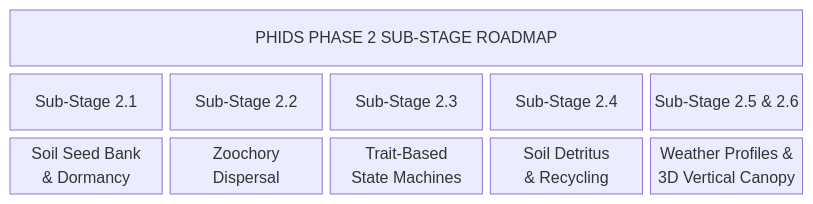
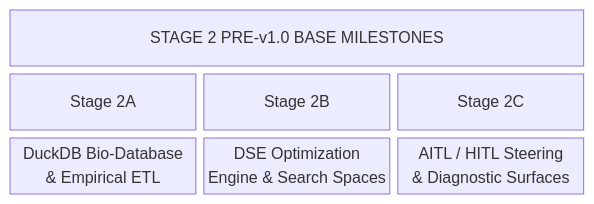
The diagram in docs/roadmap.md (foersben/PHIDS), drawn with Mermaid before and after one commit. The commit also changed other lines of this file and 220 other files, not shown here.

First line of the commit message:
release: v0.10.0 - OpenMP JIT Parallelization, Subnormal FTZ Optimizations & Stage 1B Roadmap

````diff
--- a/docs/roadmap.md
+++ b/docs/roadmap.md
@@ -58,7 +96,7 @@
 ```mermaid
 block-beta
-    columns 5
-    title["PHIDS PHASE 2 SUB-STAGE ROADMAP"]:5
-    h1["Sub-Stage 2.1"] h2["Sub-Stage 2.2"] h3["Sub-Stage 2.3"] h4["Sub-Stage 2.4"] h5["Sub-Stage 2.5 & 2.6"]
-    c1["Soil Seed Bank<br>& Dormancy"] c2["Zoochory<br>Dispersal"] c3["Trait-Based<br>State Machines"] c4["Soil Detritus<br>& Recycling"] c5["Weather Profiles &<br>3D Vertical Canopy"]
+    columns 3
+    title["STAGE 2 PRE-v1.0 BASE MILESTONES"]:3
+    h1["Stage 2A"] h2["Stage 2B"] h3["Stage 2C"]
+    c1["DuckDB Bio-Database<br>& Empirical ETL"] c2["DSE Optimization<br>Engine & Search Spaces"] c3["AITL / HITL Steering<br>& Diagnostic Surfaces"]
 ```
````
